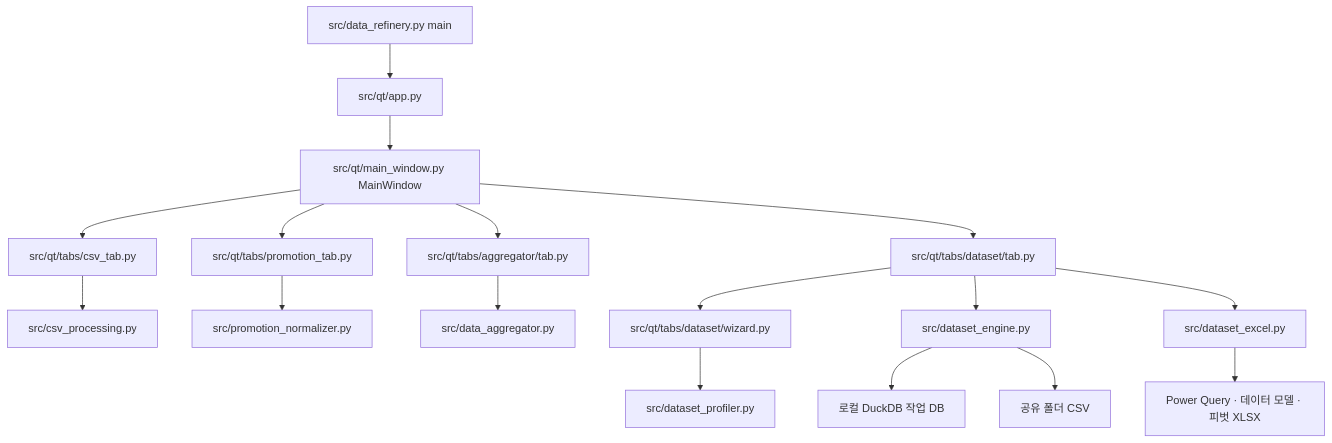
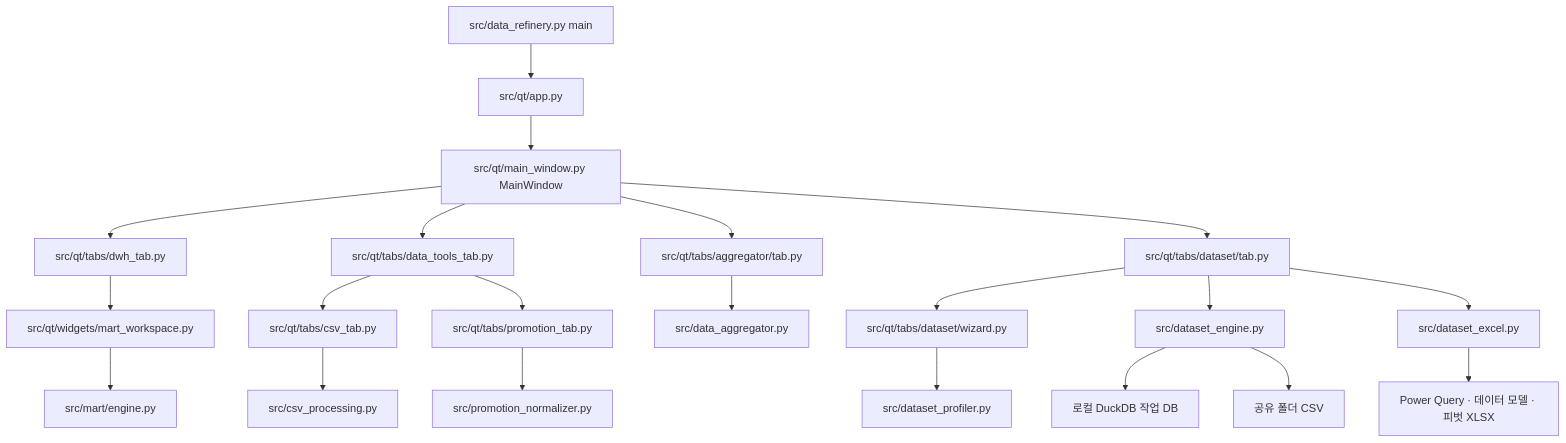
One commit to KwangBeomPark/04_DataRefinery changed the diagram in AI_CODE_MAP.md. Above: the diagram before and after it, drawn with Mermaid. The commit also changed other lines of this file and 25 other files, not shown here.

Commit message:
Add flexible DuckDB mart workspace and reviewed publishing workflow

````diff
--- a/AI_CODE_MAP.md
+++ b/AI_CODE_MAP.md
@@ -34,19 +34,23 @@
 ```mermaid
 flowchart TD
     Entry[src/data_refinery.py main] --> QtApp[src/qt/app.py]
     QtApp --> Window[src/qt/main_window.py MainWindow]
-    Window --> Csv[src/qt/tabs/csv_tab.py]
-    Window --> Promo[src/qt/tabs/promotion_tab.py]
+    Window --> DWH[src/qt/tabs/dwh_tab.py]
+    DWH --> Mart[src/qt/widgets/mart_workspace.py]
+    Mart --> MartEngine[src/mart/engine.py]
+    Window --> Tools[src/qt/tabs/data_tools_tab.py]
+    Tools --> Csv[src/qt/tabs/csv_tab.py]
+    Tools --> Promo[src/qt/tabs/promotion_tab.py]
     Window --> Agg[src/qt/tabs/aggregator/tab.py]
     Window --> Publisher[src/qt/tabs/dataset/tab.py]
     Csv --> CsvEngine[src/csv_processing.py]
     Promo --> PromoEngine[src/promotion_normalizer.py]
     Agg --> AggEngine[src/data_aggregator.py]
     Publisher --> Wizard[src/qt/tabs/dataset/wizard.py]
     Wizard --> Profiler[src/dataset_profiler.py]
     Publisher --> DatasetEngine[src/dataset_engine.py]
     DatasetEngine --> WorkingDB[로컬 DuckDB 작업 DB]
     DatasetEngine --> SharedCSV[공유 폴더 CSV]
     Publisher --> Excel[src/dataset_excel.py]
     Excel --> Workbook[Power Query · 데이터 모델 · 피벗 XLSX]
 ```
````
